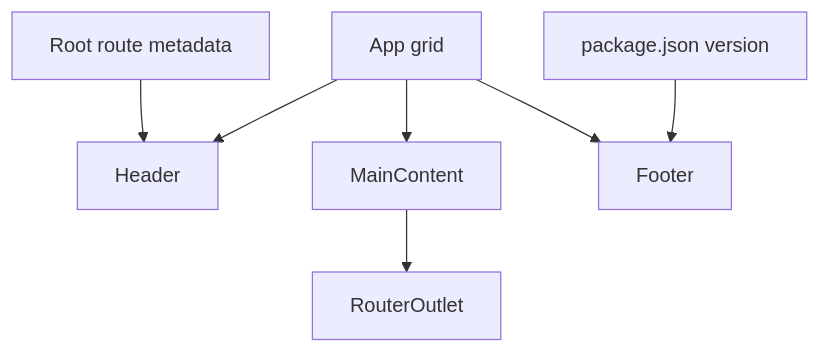
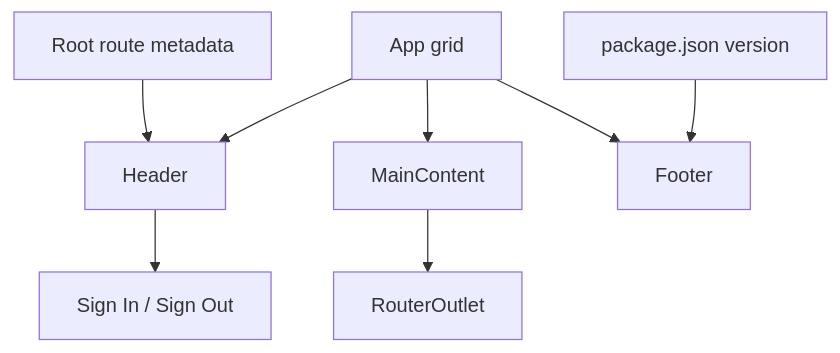
Before and after one commit to Zwezh/media-shelf: the diagram in lode/ui/application-shell.md, drawn with Mermaid. The commit also changed other lines of this file and 75 other files, not shown here.

````diff
--- a/lode/ui/application-shell.md
+++ b/lode/ui/application-shell.md
@@ -19,9 +19,10 @@
 ```mermaid
 flowchart TD
   App[App grid] --> Header[Header]
   App --> Main[MainContent]
   App --> Footer[Footer]
   Routes[Root route metadata] --> Header
+  Header --> Auth[Sign In / Sign Out]
   Main --> Outlet[RouterOutlet]
   Package[package.json version] --> Footer
 ```
````
